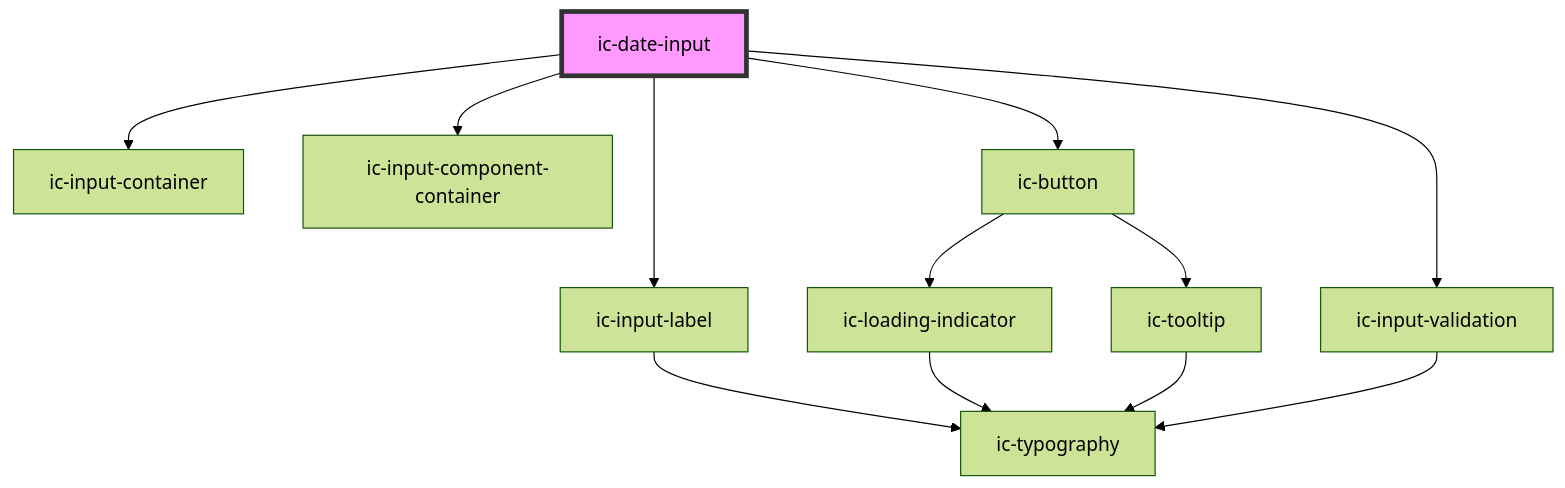
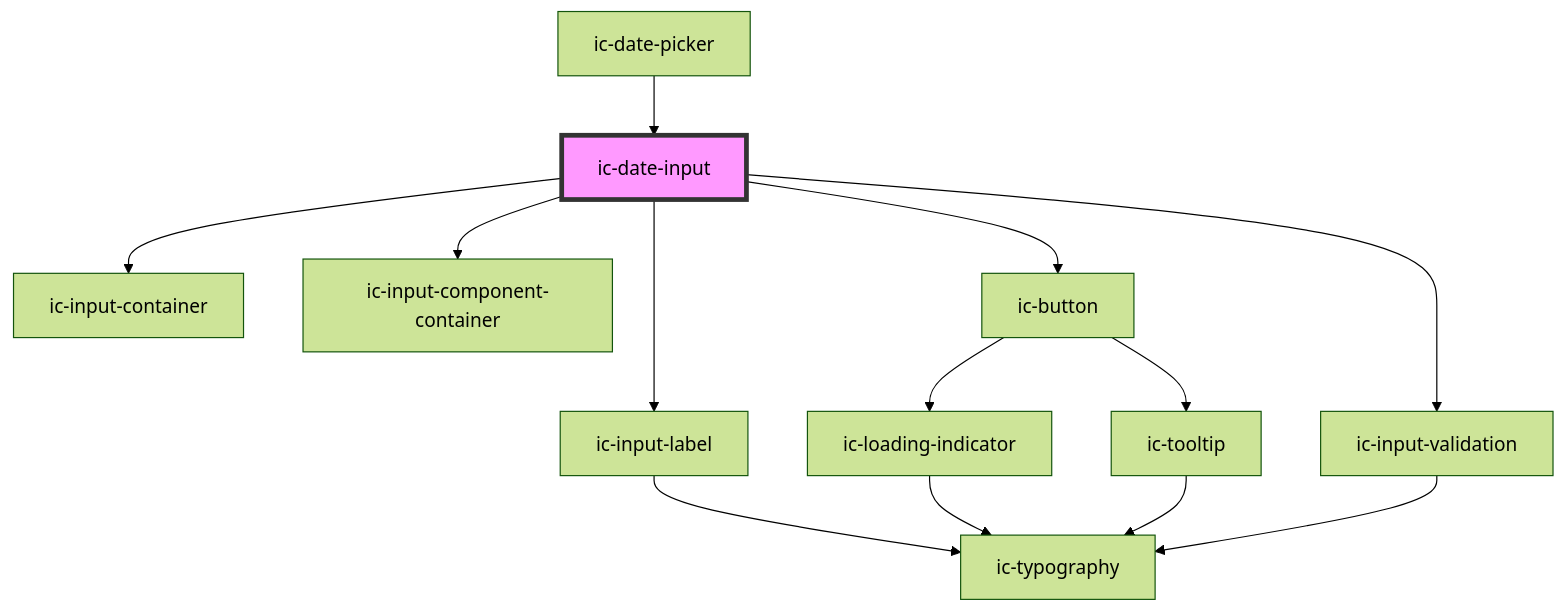
Before and after one commit to jw18968/ic-ui-kit: the diagram in packages/web-components/src/components/ic-date-input/readme.md, drawn with Mermaid (forest theme). The commit also changed other lines of this file and 20 other files, not shown here.

First line of the commit message:
feat(docs): adds docs for date picker

````diff
--- a/packages/web-components/src/components/ic-date-input/readme.md
+++ b/packages/web-components/src/components/ic-date-input/readme.md
@@ -67,15 +71,16 @@
 ```mermaid
 graph TD;
   ic-date-input --> ic-input-container
   ic-date-input --> ic-input-label
   ic-date-input --> ic-input-component-container
   ic-date-input --> ic-button
   ic-date-input --> ic-input-validation
   ic-input-label --> ic-typography
   ic-button --> ic-loading-indicator
   ic-button --> ic-tooltip
   ic-loading-indicator --> ic-typography
   ic-tooltip --> ic-typography
   ic-input-validation --> ic-typography
+  ic-date-picker --> ic-date-input
   style ic-date-input fill:#f9f,stroke:#333,stroke-width:4px
 ```
````
